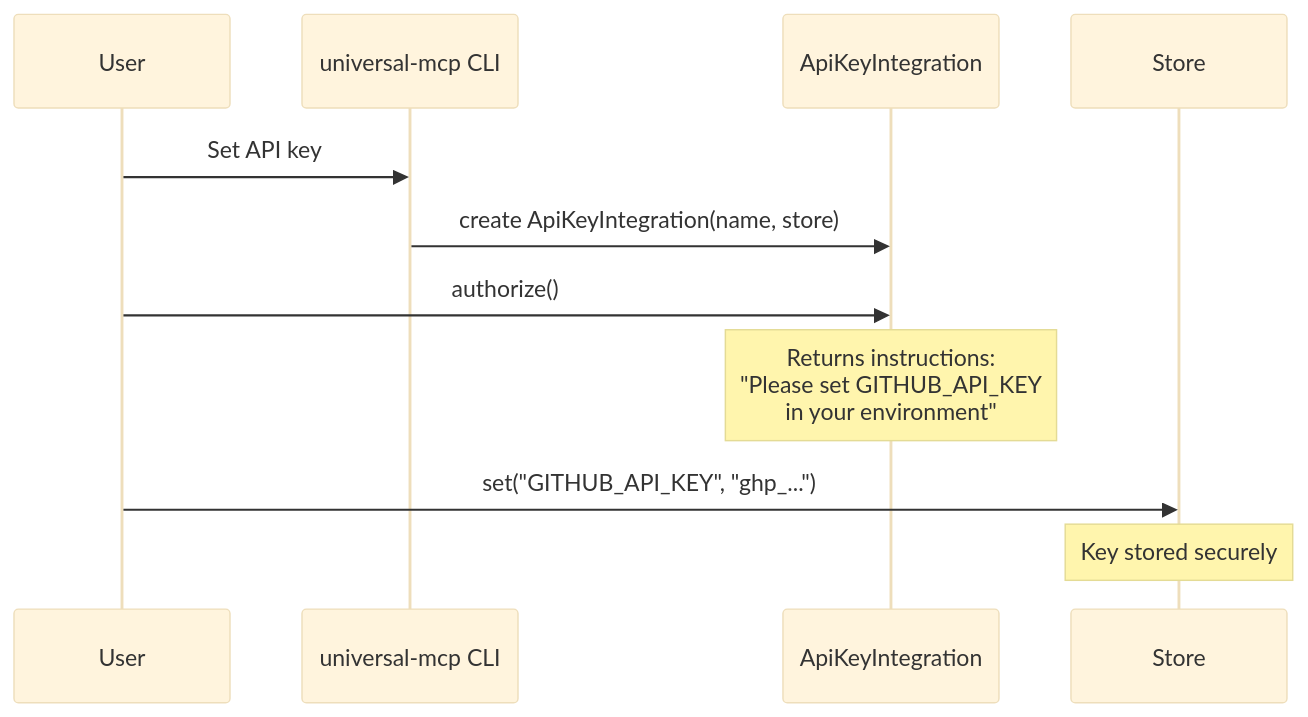
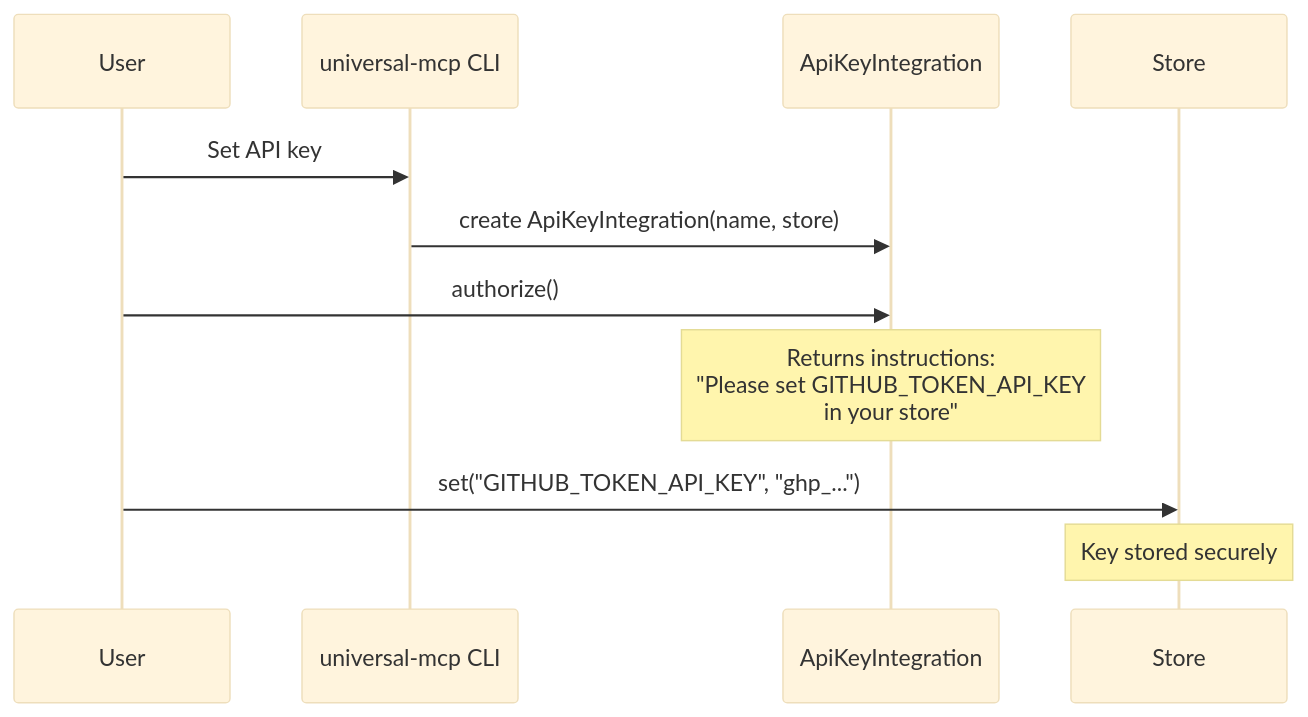
One commit to universal-mcp/universal-mcp changed the first of 3 diagrams in docs/architecture/auth-flow.md. Above: the diagram before and after it, drawn with Mermaid (base theme). The commit also changed other lines of this file and 34 other files, not shown here.

First line of the commit message:
refactor: Transform to single-user SDK with modern architecture

````diff
--- a/docs/architecture/auth-flow.md
+++ b/docs/architecture/auth-flow.md
@@ -19,15 +15,15 @@
 ```mermaid
 sequenceDiagram
     participant User
     participant CLI as universal-mcp CLI
     participant Int as ApiKeyIntegration
     participant Store as Store
 
     User->>CLI: Set API key
     CLI->>Int: create ApiKeyIntegration(name, store)
     User->>Int: authorize()
-    Note over Int: Returns instructions:<br/>"Please set GITHUB_API_KEY<br/>in your environment"
+    Note over Int: Returns instructions:<br/>"Please set GITHUB_TOKEN_API_KEY<br/>in your store"
 
-    User->>Store: set("GITHUB_API_KEY", "ghp_...")
+    User->>Store: set("GITHUB_TOKEN_API_KEY", "ghp_...")
     Note over Store: Key stored securely
 ```
````
